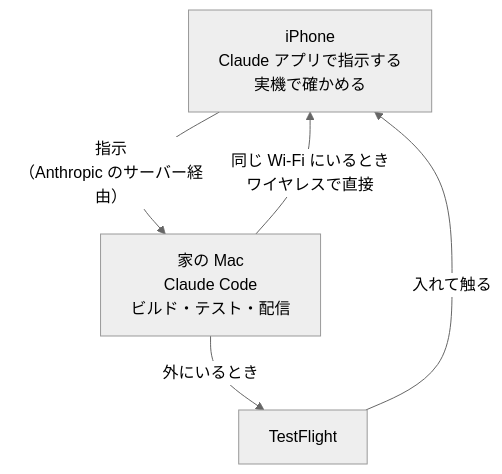
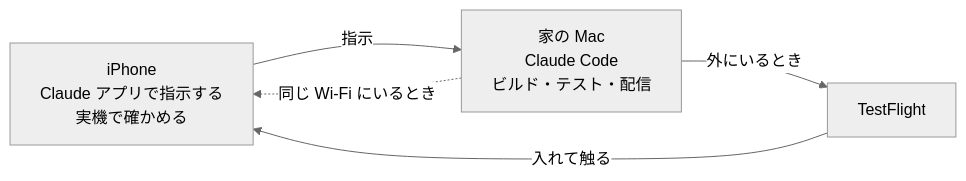
The diagram in articles/mobile-dev-from-phone-with-claude.md (kwmt/zenn-content), drawn with Mermaid (neutral theme) before and after one commit.

Commit message:
📝 lay the summary diagram out left to right
In the top-down layout the arrows crossed and ran over the edge labels, so it looked broken. Left to right with shorter labels keeps them apart, and the same-Wi-Fi edge is dashed to set it apart from the away-from-home path.

Claude-Session: https://claude.ai/code/session_011JnKH6oLphfNQ4mFxv9vn8

````diff
--- a/articles/mobile-dev-from-phone-with-claude.md
+++ b/articles/mobile-dev-from-phone-with-claude.md
@@ -81,11 +81,11 @@
 ```mermaid
-graph TD
+graph LR
     Phone["iPhone<br/>Claude アプリで指示する<br/>実機で確かめる"]
     Mac["家の Mac<br/>Claude Code<br/>ビルド・テスト・配信"]
     TF["TestFlight"]
 
-    Phone -->|"指示<br/>（Anthropic のサーバー経由）"| Mac
+    Phone -->|"指示"| Mac
     Mac -->|"外にいるとき"| TF
     TF -->|"入れて触る"| Phone
-    Mac -->|"同じ Wi-Fi にいるとき<br/>ワイヤレスで直接"| Phone
+    Mac -.->|"同じ Wi-Fi にいるとき"| Phone
 ```
````
